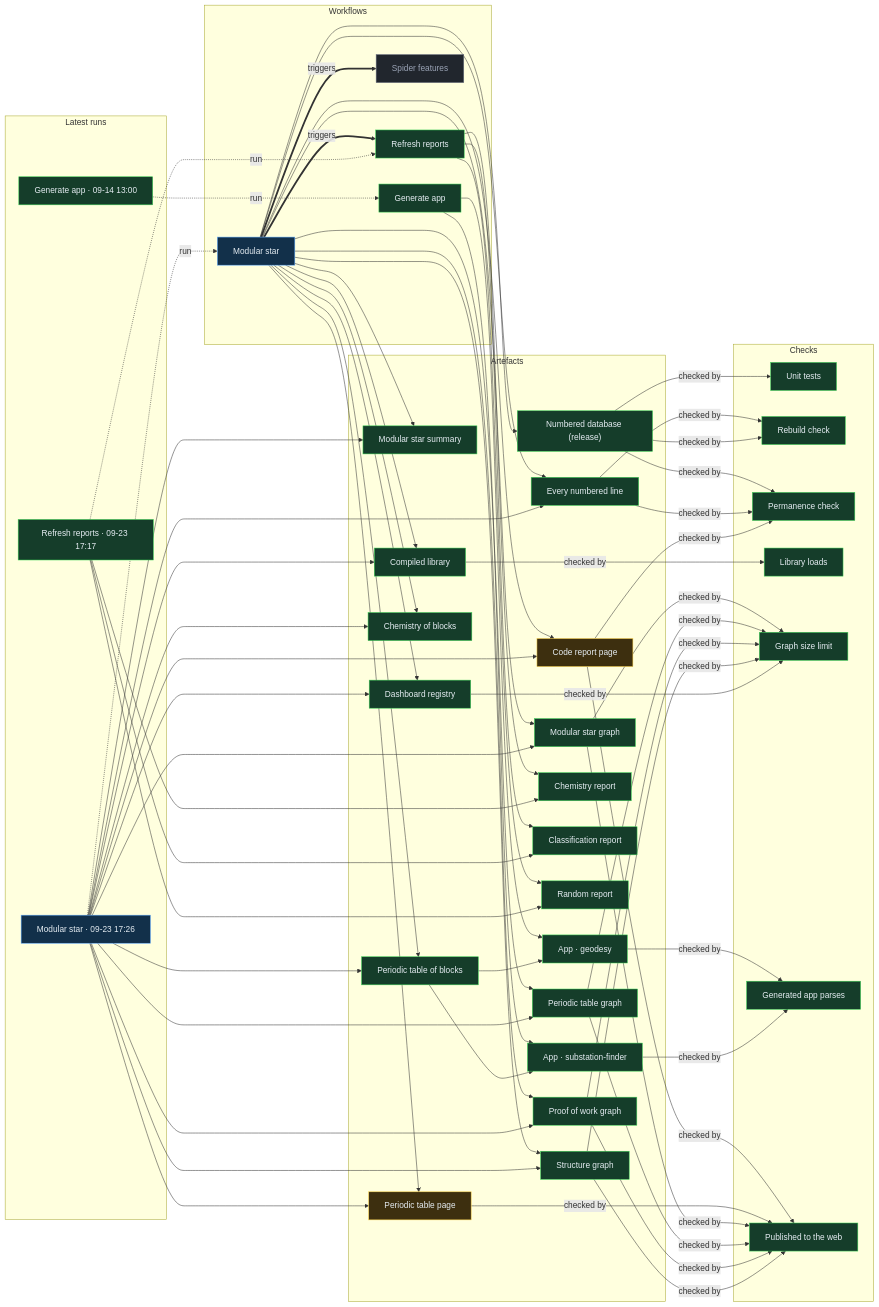
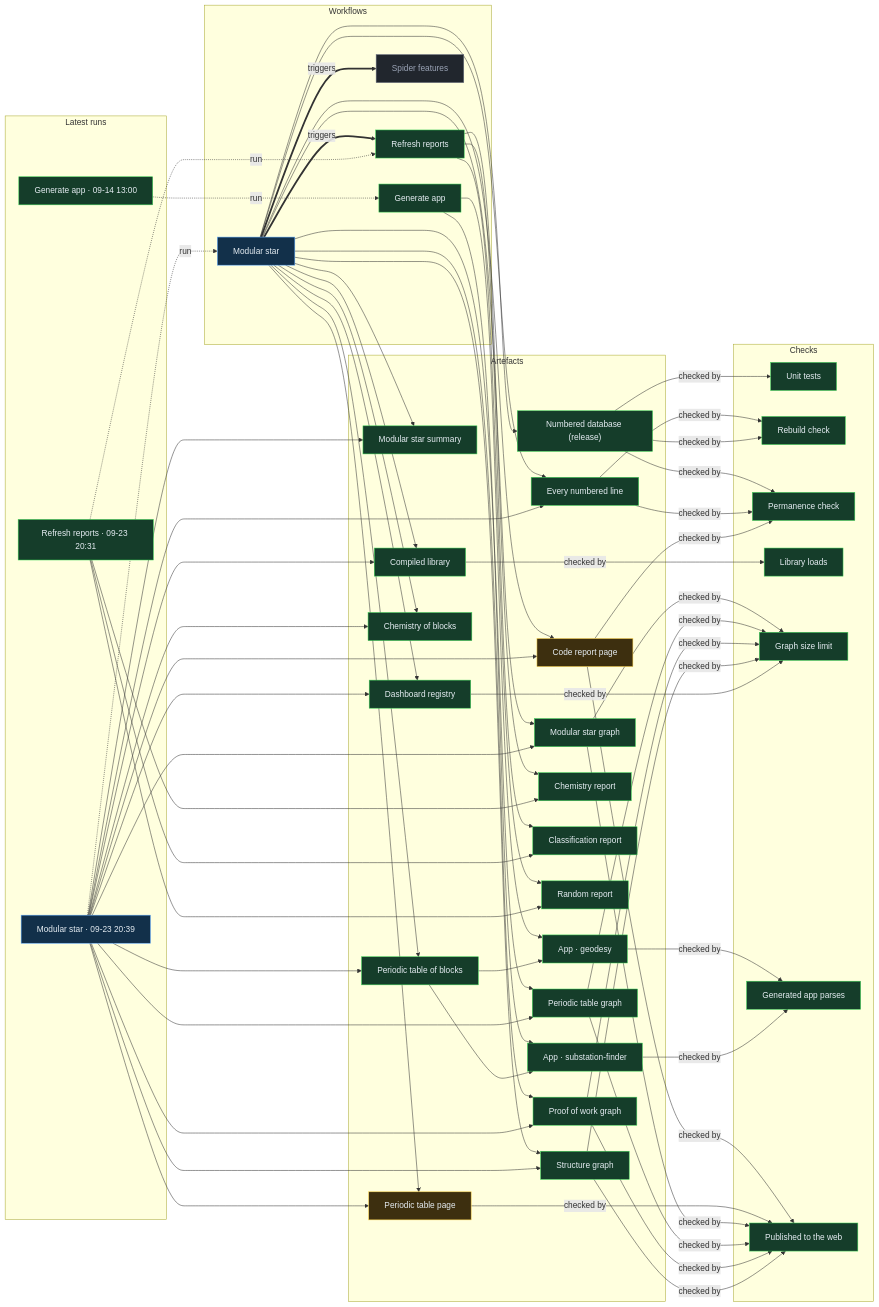
Before and after one commit to Ventusltd/stars: the diagram in proof/PROOF.md, drawn with Mermaid. The commit also changed other lines of this file and 32 other files, not shown here.

Commit message:
Modular star 2026-09-23T20:41Z

```diff
--- a/proof/PROOF.md
+++ b/proof/PROOF.md
@@ -24,8 +24,8 @@
   n_wf_spider_features["Spider features"]:::off
   end
   subgraph g_runs["Latest runs"]
-  n_run_35895565076["Modular star · 09-23 17:26"]:::live
-  n_run_35894554315["Refresh reports · 09-23 17:17"]:::ok
+  n_run_35917456977["Modular star · 09-23 20:39"]:::live
+  n_run_35916576007["Refresh reports · 09-23 20:31"]:::ok
   n_run_34846587798["Generate app · 09-14 13:00"]:::ok
   end
   subgraph g_artefacts["Artefacts"]
@@ -59,39 +59,39 @@
   end
   n_wf_modular_star == triggers ==> n_wf_refresh
   n_wf_modular_star == triggers ==> n_wf_spider_features
-  n_run_35895565076 -. run .-> n_wf_modular_star
-  n_run_35894554315 -. run .-> n_wf_refresh
+  n_run_35917456977 -. run .-> n_wf_modular_star
+  n_run_35916576007 -. run .-> n_wf_refresh
   n_run_34846587798 -. run .-> n_wf_generate
   n_wf_modular_star --> n_art_summary
-  n_run_35895565076 --> n_art_summary
+  n_run_35917456977 --> n_art_summary
   n_wf_modular_star --> n_art_lines
-  n_run_35895565076 --> n_art_lines
+  n_run_35917456977 --> n_art_lines
   n_wf_modular_star --> n_art_code
-  n_run_35895565076 --> n_art_code
+  n_run_35917456977 --> n_art_code
   n_wf_modular_star --> n_art_modular_graph
-  n_run_35895565076 --> n_art_modular_graph
+  n_run_35917456977 --> n_art_modular_graph
   n_wf_modular_star --> n_art_blocks
-  n_run_35895565076 --> n_art_blocks
+  n_run_35917456977 --> n_art_blocks
   n_wf_modular_star --> n_art_table
-  n_run_35895565076 --> n_art_table
+  n_run_35917456977 --> n_art_table
   n_wf_modular_star --> n_art_blocks_graph
-  n_run_35895565076 --> n_art_blocks_graph
+  n_run_35917456977 --> n_art_blocks_graph
   n_wf_modular_star --> n_art_reactions
-  n_run_35895565076 --> n_art_reactions
+  n_run_35917456977 --> n_art_reactions
   n_wf_modular_star --> n_art_library
-  n_run_35895565076 --> n_art_library
+  n_run_35917456977 --> n_art_library
   n_wf_modular_star --> n_art_features
-  n_run_35895565076 --> n_art_features
+  n_run_35917456977 --> n_art_features
   n_wf_modular_star --> n_art_proof
-  n_run_35895565076 --> n_art_proof
+  n_run_35917456977 --> n_art_proof
   n_wf_modular_star --> n_art_structure
-  n_run_35895565076 --> n_art_structure
+  n_run_35917456977 --> n_art_structure
   n_wf_refresh --> n_art_chemistry
-  n_run_35894554315 --> n_art_chemistry
+  n_run_35916576007 --> n_art_chemistry
   n_wf_refresh --> n_art_vedic
-  n_run_35894554315 --> n_art_vedic
+  n_run_35916576007 --> n_art_vedic
   n_wf_refresh --> n_art_random
-  n_run_35894554315 --> n_art_random
+  n_run_35916576007 --> n_art_random
   n_wf_modular_star --> n_art_release
   n_wf_generate --> n_app_geodesy
   n_art_blocks --> n_app_geodesy
```
